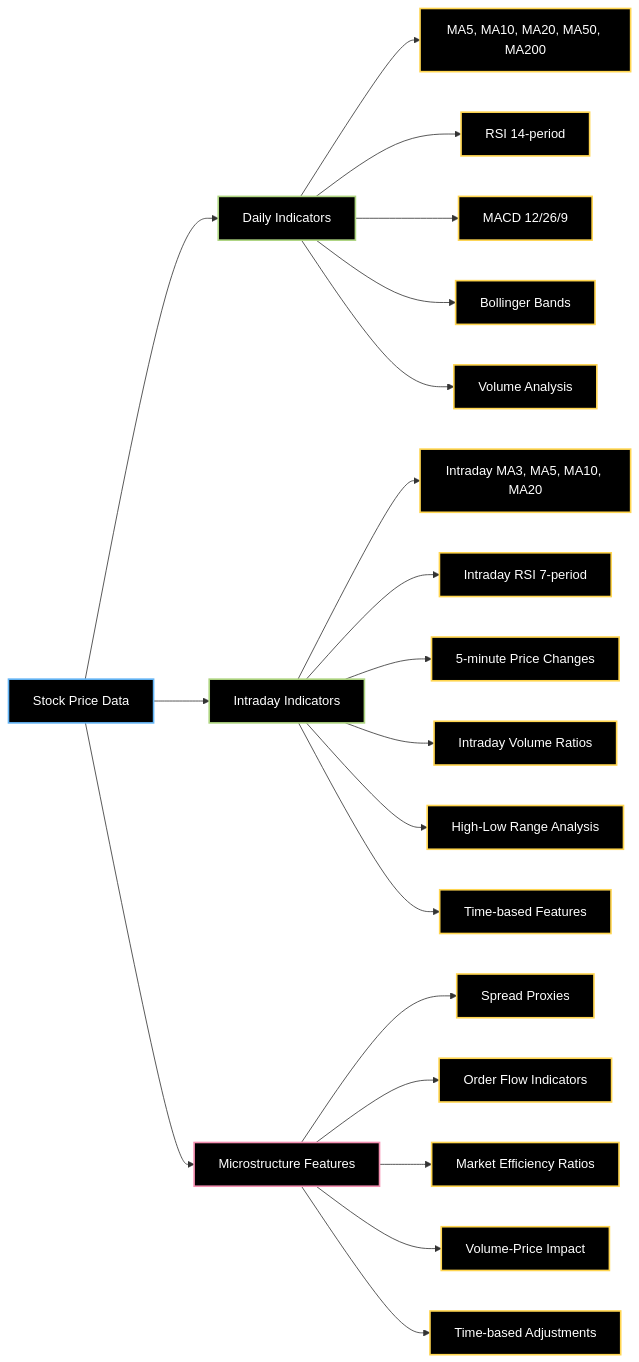
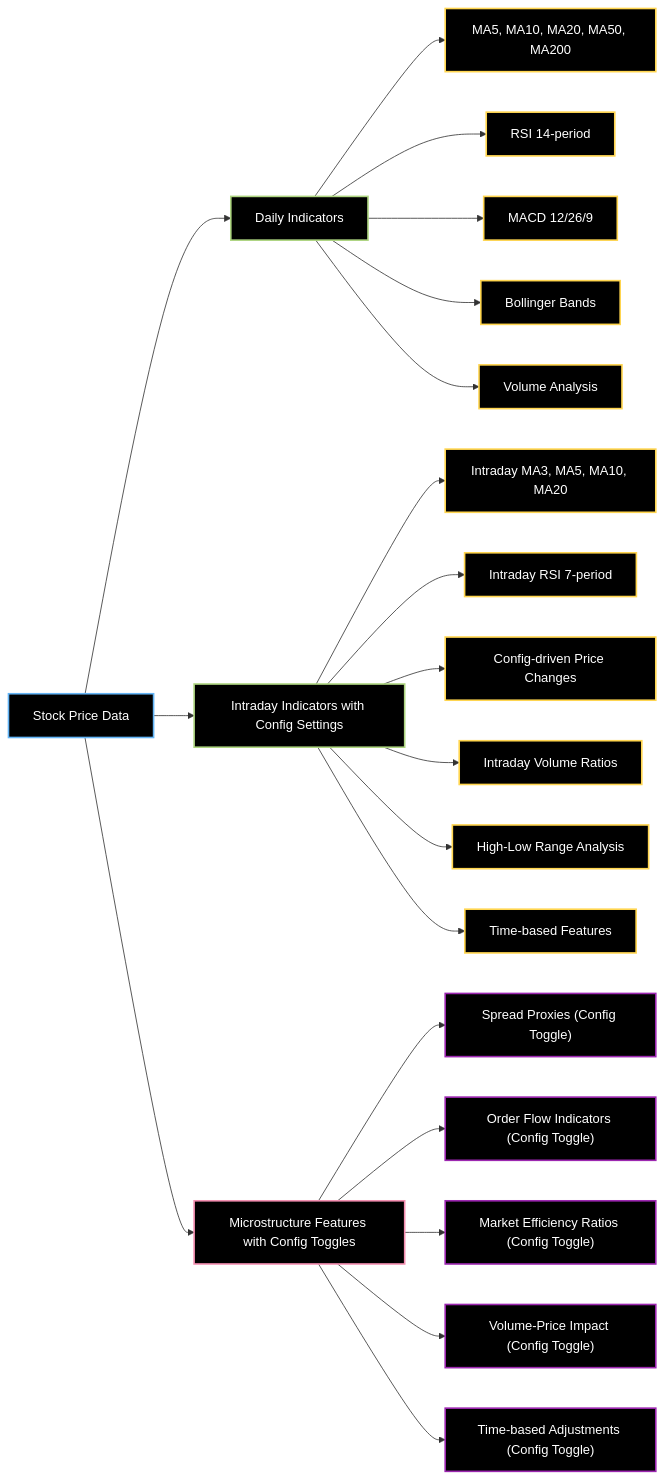
The second of 7 diagrams in docs/LSTM-model.md (jeremygonsalves/price-predictor-stocks), drawn with Mermaid before and after one commit. The commit also changed other lines of this file and 14 other files, not shown here.

````diff
--- a/docs/LSTM-model.md
+++ b/docs/LSTM-model.md
@@ -159,35 +166,37 @@
 ```mermaid
 flowchart LR
     A[Stock Price Data] --> B[Daily Indicators]
-    A --> C[Intraday Indicators]
-    A --> D[Microstructure Features]
+    A --> C[Intraday Indicators with Config Settings]
+    A --> D[Microstructure Features with Config Toggles]
     
     B --> B1["MA5, MA10, MA20, MA50, MA200"]
     B --> B2["RSI 14-period"]
     B --> B3["MACD 12/26/9"]
     B --> B4["Bollinger Bands"]
     B --> B5["Volume Analysis"]
     
     C --> C1["Intraday MA3, MA5, MA10, MA20"]
     C --> C2["Intraday RSI 7-period"]
-    C --> C3["5-minute Price Changes"]
+    C --> C3["Config-driven Price Changes"]
     C --> C4["Intraday Volume Ratios"]
     C --> C5["High-Low Range Analysis"]
     C --> C6["Time-based Features"]
     
-    D --> D1["Spread Proxies"]
-    D --> D2["Order Flow Indicators"]
-    D --> D3["Market Efficiency Ratios"]
-    D --> D4["Volume-Price Impact"]
-    D --> D5["Time-based Adjustments"]
+    D --> D1["Spread Proxies (Config Toggle)"]
+    D --> D2["Order Flow Indicators (Config Toggle)"]
+    D --> D3["Market Efficiency Ratios (Config Toggle)"]
+    D --> D4["Volume-Price Impact (Config Toggle)"]
+    D --> D5["Time-based Adjustments (Config Toggle)"]
     
     classDef indicator fill:#000,stroke:#64B5F6,color:#fff,stroke-width:2px
     classDef calculation fill:#000,stroke:#AED581,color:#fff,stroke-width:2px
     classDef result fill:#000,stroke:#FFD54F,color:#fff,stroke-width:2px
     classDef microstructure fill:#000,stroke:#F48FB1,color:#fff,stroke-width:2px
+    classDef config fill:#000,stroke:#9C27B0,color:#fff,stroke-width:2px
     
     class A indicator
     class B,C calculation
     class D microstructure
-    class B1,B2,B3,B4,B5,C1,C2,C3,C4,C5,C6,D1,D2,D3,D4,D5 result
+    class B1,B2,B3,B4,B5,C1,C2,C3,C4,C5,C6 result
+    class D1,D2,D3,D4,D5 config
 ```
````
